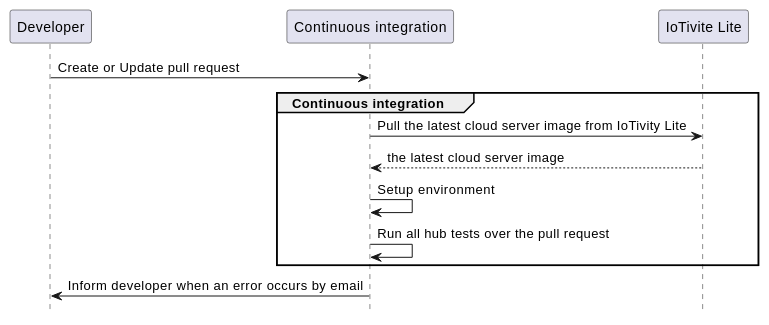
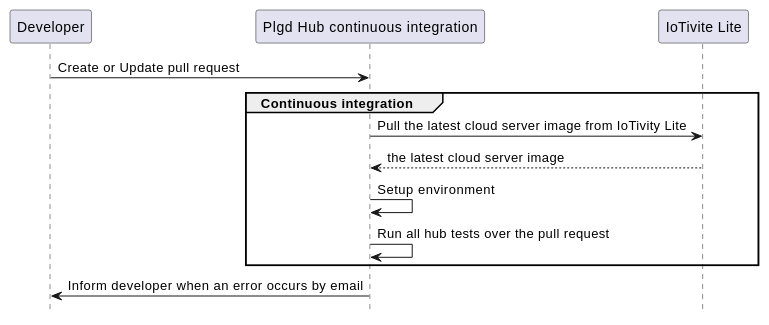
The first of 2 diagrams in content/en/developer-guide/testing.md (plgd-dev/doc), drawn with PlantUML before and after one commit. The commit also changed other lines of this file, not shown here.

Commit message:
fixup! add testing section

```diff
--- a/content/en/developer-guide/testing.md
+++ b/content/en/developer-guide/testing.md
@@ -20,20 +20,19 @@
-{{< plantuml id="device-onboarding" >}}
+{{< plantuml id="testing-plgd-hub" >}}
 @startuml
 skinparam backgroundColor transparent
 hide footbox
 
 participant D as "Developer"
-participant CI as "Continuous integration"
+participant CI as "Plgd Hub continuous integration"
 participant IL as "IoTivite Lite"
-
 
 D -> CI: Create or Update pull request
 group Continuous integration
     CI -> IL: Pull the latest cloud server image from IoTivity Lite
     return the latest cloud server image
     CI -> CI: Setup environment
     CI -> CI: Run all hub tests over the pull request
 end
 CI -> D: Inform developer when an error occurs by email
 @enduml
 {{< /plantuml >}}
```
